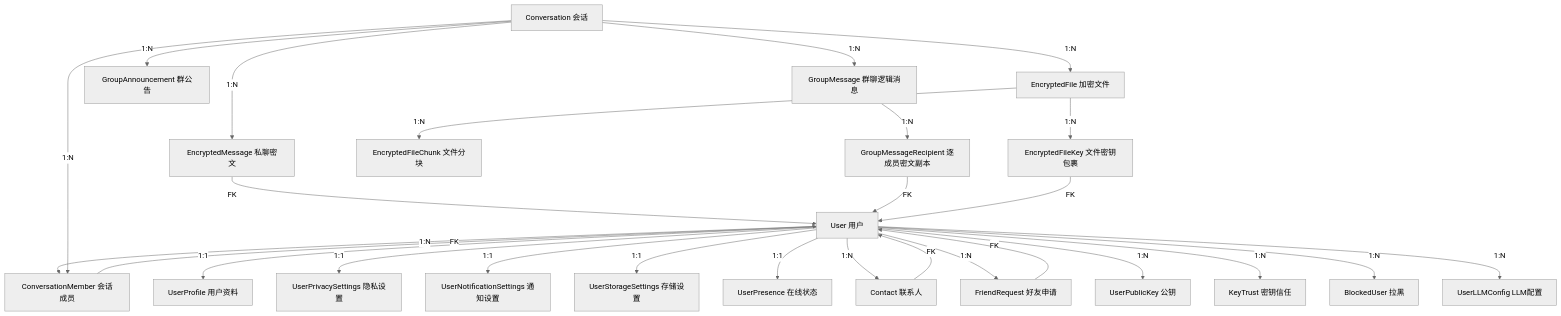
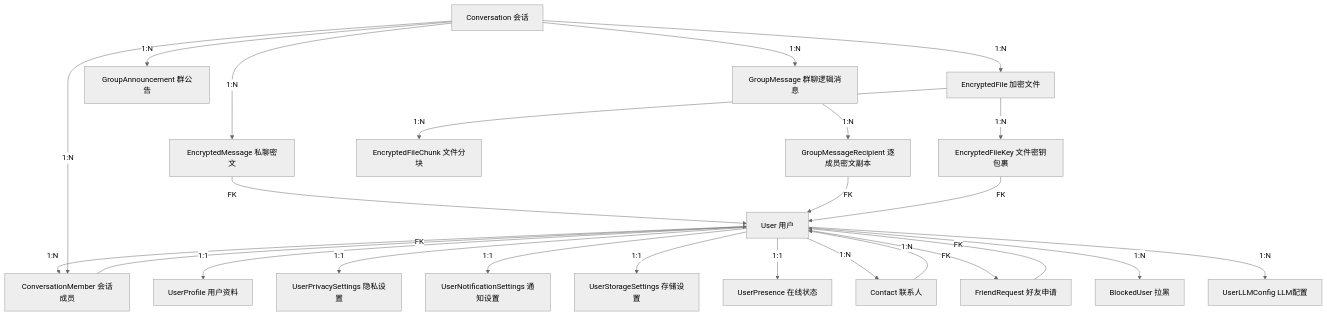
Before and after one commit to HeanX/iChat_Pro: the second of 9 diagrams in docs/iChat Pro UML 与架构图交付文档.md, drawn with Mermaid (neutral theme). The commit also changed other lines of this file, not shown here.

Commit message:
fix: remove key entities from ER, add useMaxWidth directive
- Add Mermaid init directive to disable max width limit
- Remove UserPublicKey and KeyTrust from ER diagram
- Simplify ER field reference table
- Note that key entities are covered in class diagram

````diff
--- a/docs/iChat Pro UML 与架构图交付文档.md
+++ b/docs/iChat Pro UML 与架构图交付文档.md
@@ -71,36 +71,35 @@
 ```mermaid
+%%{init: {'flowchart': {'useMaxWidth': false}}}%%
 flowchart TD
     User[User 用户]
 
     User -->|"1:1"| UP[UserProfile 用户资料]
     User -->|"1:1"| UPS[UserPrivacySettings 隐私设置]
     User -->|"1:1"| UNS[UserNotificationSettings 通知设置]
     User -->|"1:1"| USS[UserStorageSettings 存储设置]
     User -->|"1:1"| UPr[UserPresence 在线状态]
 
     User -->|"1:N"| CT[Contact 联系人]
     User -->|"1:N"| FR[FriendRequest 好友申请]
-    User -->|"1:N"| PK[UserPublicKey 公钥]
-    User -->|"1:N"| KT[KeyTrust 密钥信任]
     User -->|"1:N"| BU[BlockedUser 拉黑]
     User -->|"1:N"| LLC[UserLLMConfig LLM配置]
 
     User -->|"1:N"| CM[ConversationMember 会话成员]
 
     Conv[Conversation 会话] -->|"1:N"| CM
     Conv -->|"1:N"| EM[EncryptedMessage 私聊密文]
     Conv -->|"1:N"| GM[GroupMessage 群聊逻辑消息]
     Conv -->|"1:N"| GA[GroupAnnouncement 群公告]
     Conv -->|"1:N"| EF[EncryptedFile 加密文件]
 
     GM -->|"1:N"| GMR[GroupMessageRecipient 逐成员密文副本]
     EF -->|"1:N"| EFC[EncryptedFileChunk 文件分块]
     EF -->|"1:N"| EFK[EncryptedFileKey 文件密钥包裹]
 
     EM -->|"FK"| User
     GMR -->|"FK"| User
     CM -->|"FK"| User
     FR -->|"FK"| User
     CT -->|"FK"| User
     EFK -->|"FK"| User
 ```
````
